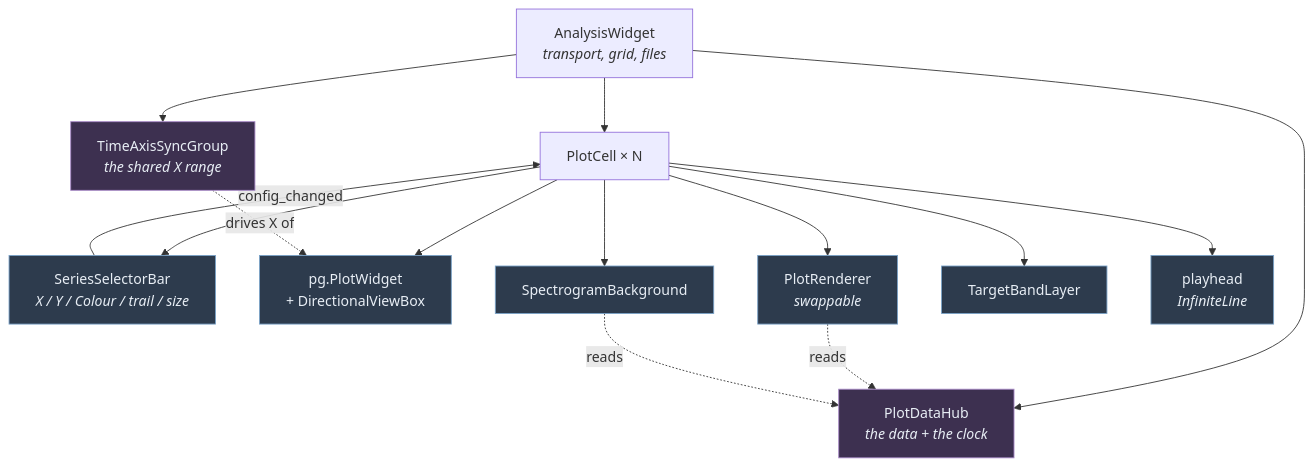
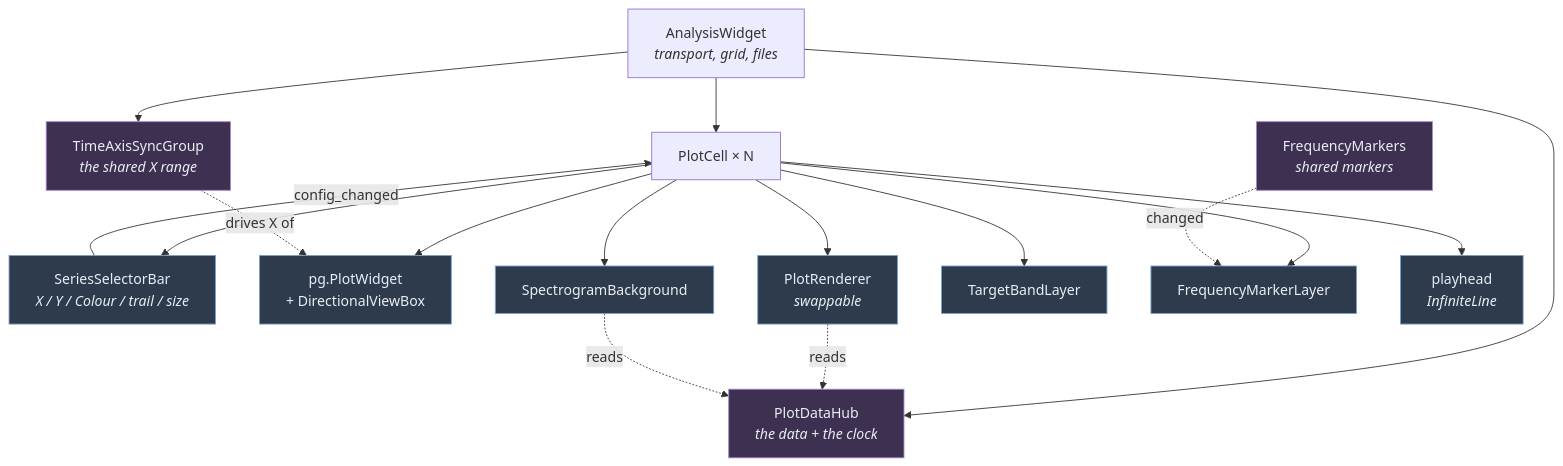
One commit to fabstr/voicevis changed the first of 7 diagrams in src/ui/plot/README.md. Above: the diagram before and after it, drawn with Mermaid. The commit also changed other lines of this file and 7 other files, not shown here.

Commit message:
Add support for frequency markers in the plots

````diff
--- a/src/ui/plot/README.md
+++ b/src/ui/plot/README.md
@@ -38,26 +38,29 @@
 ```mermaid
 graph TD
     AW["AnalysisWidget<br/><i>transport, grid, files</i>"]
 
     AW --> HUB["PlotDataHub<br/><i>the data + the clock</i>"]
     AW --> SYNC["TimeAxisSyncGroup<br/><i>the shared X range</i>"]
     AW --> CELLS["PlotCell &times; N"]
 
     CELLS --> BAR["SeriesSelectorBar<br/><i>X / Y / Colour / trail / size</i>"]
     CELLS --> PW["pg.PlotWidget<br/>+ DirectionalViewBox"]
     CELLS --> REND["PlotRenderer<br/><i>swappable</i>"]
     CELLS --> SPEC["SpectrogramBackground"]
     CELLS --> TB["TargetBandLayer"]
+    CELLS --> FM["FrequencyMarkerLayer"]
     CELLS --> PH["playhead<br/><i>InfiniteLine</i>"]
+
+    MK["FrequencyMarkers<br/><i>shared markers</i>"] -.changed.-> FM
 
     REND -.reads.-> HUB
     SPEC -.reads.-> HUB
     SYNC -.drives X of.-> PW
 
     BAR -->|config_changed| CELLS
 
     classDef owned fill:#2d3b4d,stroke:#7aa2c8,color:#e8eef5
     classDef state fill:#3d3050,stroke:#a98ac8,color:#e8eef5
-    class HUB,SYNC state
-    class BAR,PW,REND,SPEC,TB,PH owned
+    class HUB,SYNC,MK state
+    class BAR,PW,REND,SPEC,TB,FM,PH owned
 ```
````
